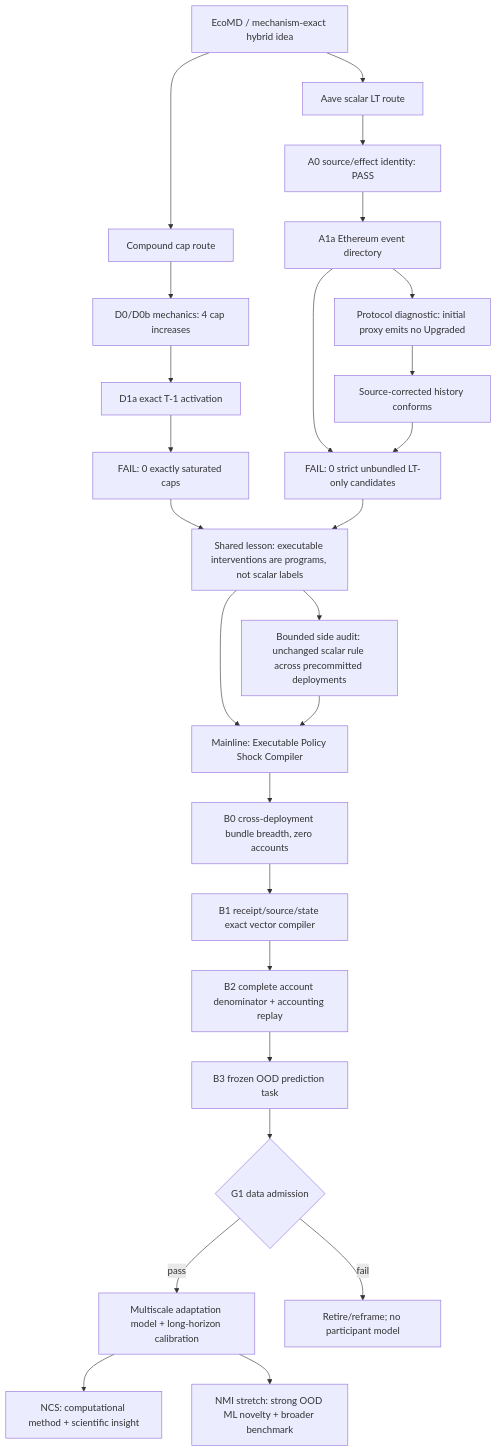
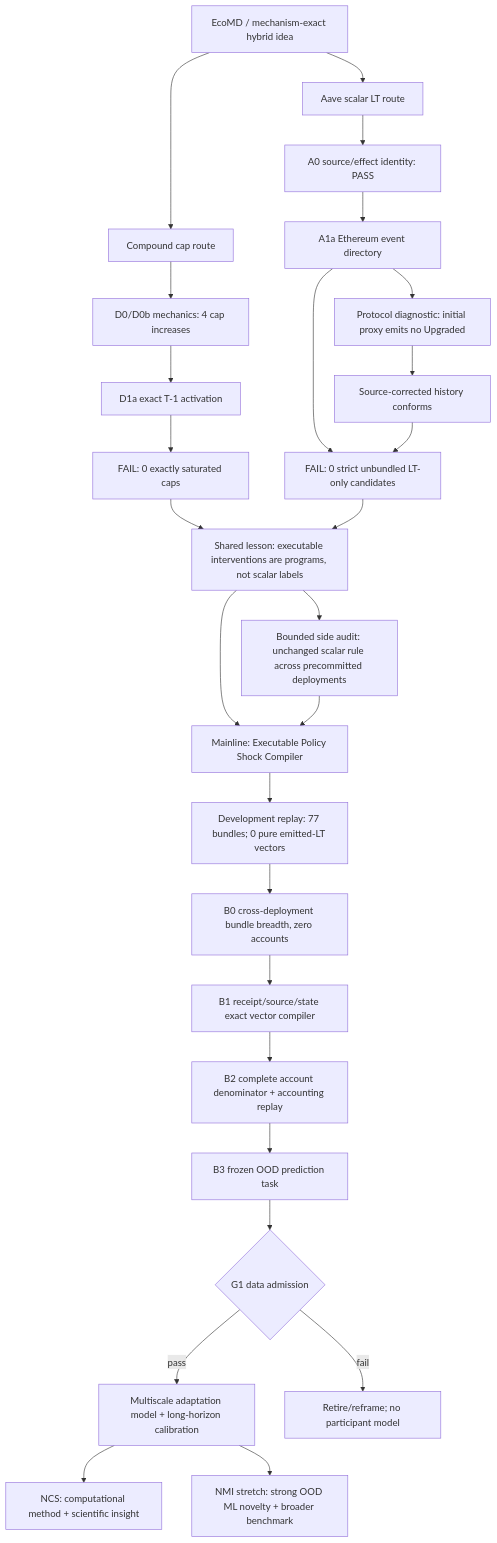
Before and after one commit to howardwang1997/ecophys: the diagram in papers/proposal/v14_policy_shock_research_topology_2026-08-16.md, drawn with Mermaid. The commit also changed other lines of this file and 9 other files, not shown here.

````diff
--- a/papers/proposal/v14_policy_shock_research_topology_2026-08-16.md
+++ b/papers/proposal/v14_policy_shock_research_topology_2026-08-16.md
@@ -6,28 +6,29 @@
 ```mermaid
 flowchart TD
     E[EcoMD / mechanism-exact hybrid idea] --> C[Compound cap route]
     E --> A[Aave scalar LT route]
     C --> C0[D0/D0b mechanics: 4 cap increases]
     C0 --> C1[D1a exact T-1 activation]
     C1 --> CF[FAIL: 0 exactly saturated caps]
     A --> A0[A0 source/effect identity: PASS]
     A0 --> A1[A1a Ethereum event directory]
     A1 --> AF[FAIL: 0 strict unbundled LT-only candidates]
     A1 --> PD[Protocol diagnostic: initial proxy emits no Upgraded]
     PD --> HC[Source-corrected history conforms]
     HC --> AF
     CF --> S[Shared lesson: executable interventions are programs, not scalar labels]
     AF --> S
     S --> V[Mainline: Executable Policy Shock Compiler]
     S --> XS[Bounded side audit: unchanged scalar rule across precommitted deployments]
     XS --> V
-    V --> B0[B0 cross-deployment bundle breadth, zero accounts]
+    V --> E0[Development replay: 77 bundles; 0 pure emitted-LT vectors]
+    E0 --> B0[B0 cross-deployment bundle breadth, zero accounts]
     B0 --> B1[B1 receipt/source/state exact vector compiler]
     B1 --> B2[B2 complete account denominator + accounting replay]
     B2 --> B3[B3 frozen OOD prediction task]
     B3 --> G1{G1 data admission}
     G1 -->|pass| M[Multiscale adaptation model + long-horizon calibration]
     G1 -->|fail| R[Retire/reframe; no participant model]
     M --> NCS[NCS: computational method + scientific insight]
     M --> NMI[NMI stretch: strong OOD ML novelty + broader benchmark]
 ```
````
